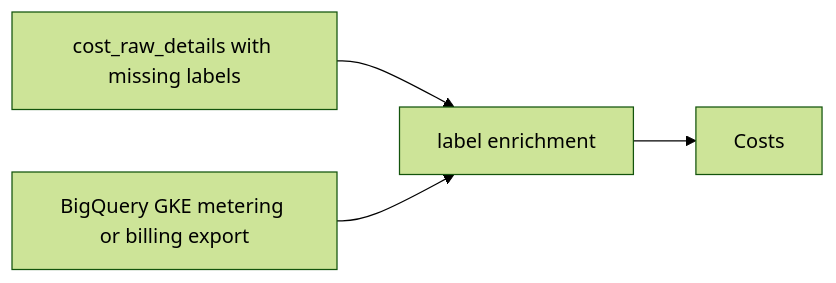
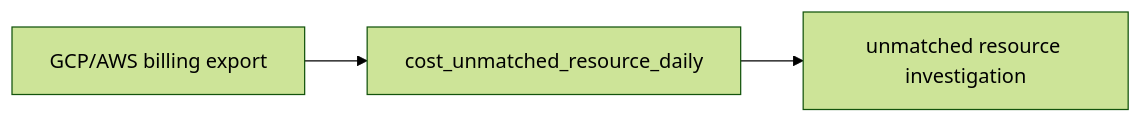
One commit to PingCAP-QE/ee-apps changed the second of 4 diagrams in cost-insight/docs/system-design.md. Above: the diagram before and after it, drawn with Mermaid (forest theme). The commit also changed other lines of this file and 23 other files, not shown here.

First line of the commit message:
refactor(cost-insight): retire legacy raw cost pipeline (#612)

````diff
--- a/cost-insight/docs/system-design.md
+++ b/cost-insight/docs/system-design.md
@@ -487,6 +356,5 @@
 ```mermaid
 flowchart LR
-  RawDetails["cost_raw_details with missing labels"] --> Enrich["label enrichment"]
-  BQ["BigQuery GKE metering or billing export"] --> Enrich
-  Enrich --> Costs
+  Export["GCP/AWS billing export"] --> Resource["cost_unmatched_resource_daily"]
+  Resource --> Dashboard["unmatched resource investigation"]
 ```
````
